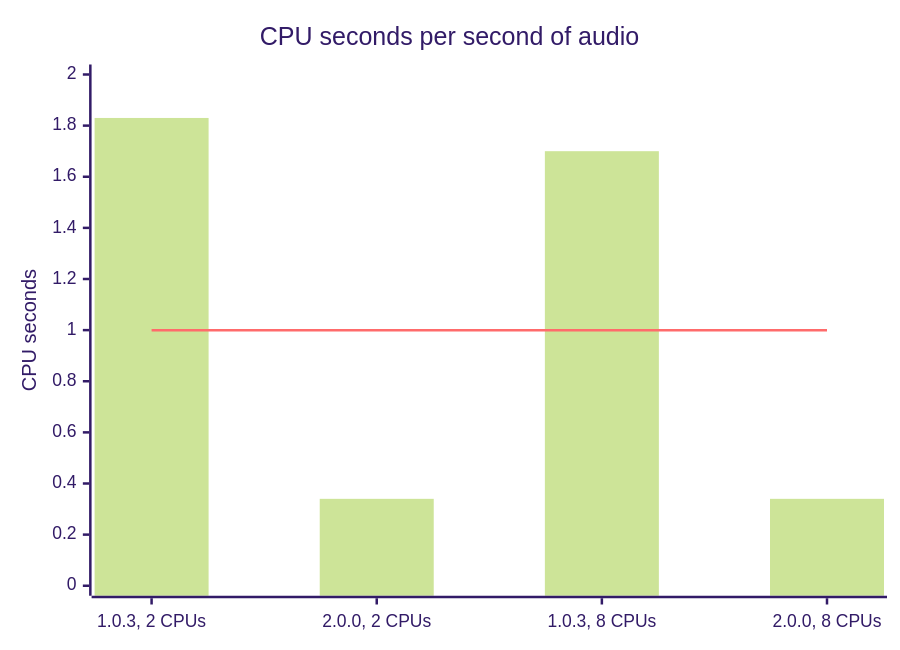
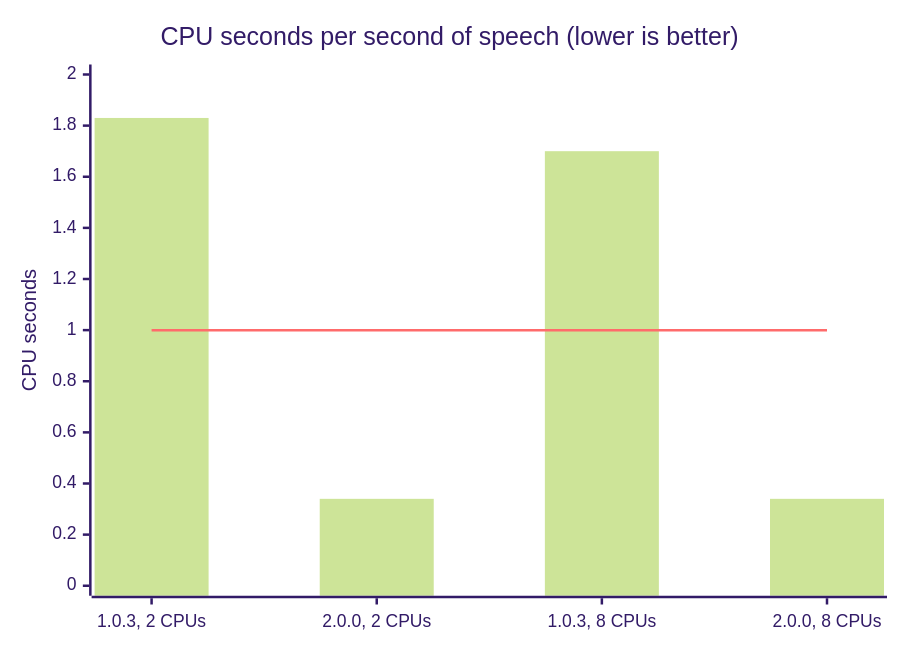
One commit to biolimbo/lip-sync-engine changed the third of 3 diagrams in BENCHMARK.md. Above: the diagram before and after it, drawn with Mermaid (forest theme). The commit also changed other lines of this file, not shown here.

Commit message:
docs: explain how to read each benchmark chart

````diff
--- a/BENCHMARK.md
+++ b/BENCHMARK.md
@@ -208,8 +210,8 @@
 ```mermaid
 xychart-beta
-    title "CPU seconds per second of audio"
+    title "CPU seconds per second of speech (lower is better)"
     x-axis ["1.0.3, 2 CPUs", "2.0.0, 2 CPUs", "1.0.3, 8 CPUs", "2.0.0, 8 CPUs"]
     y-axis "CPU seconds" 0 --> 2
     bar [1.83, 0.34, 1.70, 0.34]
     line [1, 1, 1, 1]
 ```
````
